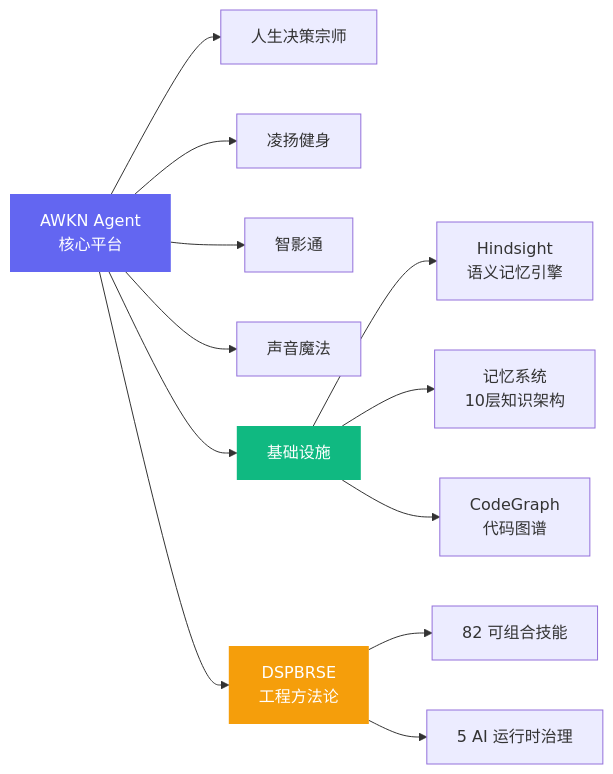
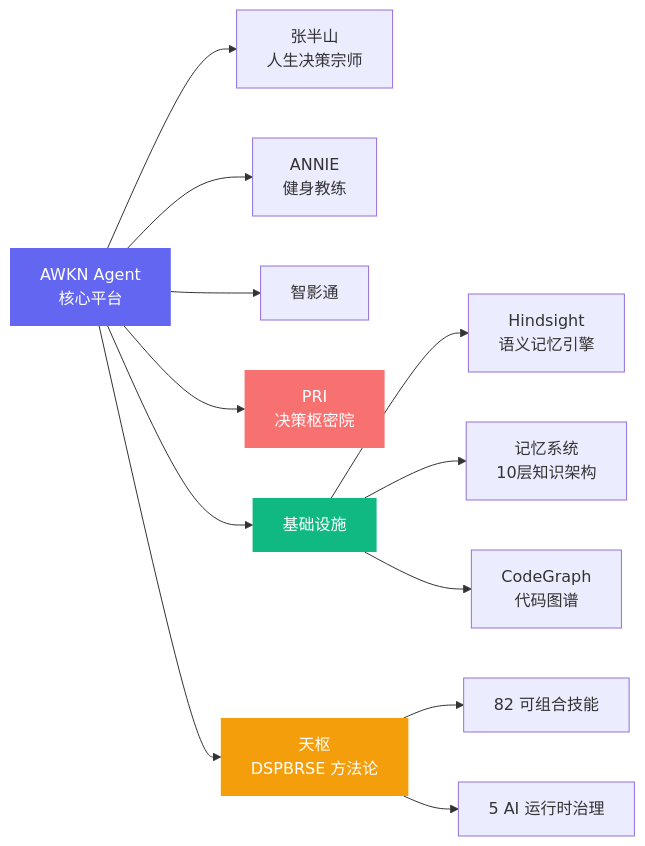
One commit to AWKN-Lab/.github changed the diagram in README.md. Above: the diagram before and after it, drawn with Mermaid. The commit also changed other lines of this file, not shown here.

Commit message:
upgrade profile: typing animation, badges, visitor counter, updated product matrix (ANNIE/张半山/PRI, removed 声音魔法), removed private repos section

````diff
--- a/README.md
+++ b/README.md
@@ -107,20 +117,21 @@
 ```mermaid
 graph LR
-    A[AWKN Agent<br/>核心平台] --> B[人生决策宗师]
-    A --> C[凌扬健身]
+    A[AWKN Agent<br/>核心平台] --> B[张半山<br/>人生决策宗师]
+    A --> C[ANNIE<br/>健身教练]
     A --> D[智影通]
-    A --> E[声音魔法]
+    A --> E[PRI<br/>决策枢密院]
     
     A --> F[基础设施]
     F --> G[Hindsight<br/>语义记忆引擎]
     F --> H[记忆系统<br/>10层知识架构]
     F --> I[CodeGraph<br/>代码图谱]
     
-    A --> J[DSPBRSE<br/>工程方法论]
+    A --> J[天枢<br/>DSPBRSE 方法论]
     J --> K[82 可组合技能]
     J --> L[5 AI 运行时治理]
     
     style A fill:#6366f1,color:#fff,stroke:none
     style F fill:#10b981,color:#fff,stroke:none
     style J fill:#f59e0b,color:#fff,stroke:none
+    style E fill:#f87171,color:#fff,stroke:none
 ```
````
